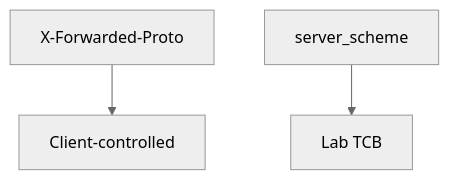
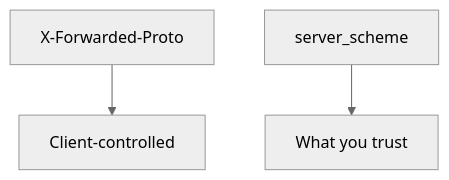
One commit to ishitvagoel/LearnSecurity changed the second of 2 diagrams in content/modules/5/5.4/lessons/02-model.md. Above: the diagram before and after it, drawn with Mermaid (neutral theme). The commit also changed other lines of this file and 39 other files, not shown here.

````diff
--- a/content/modules/5/5.4/lessons/02-model.md
+++ b/content/modules/5/5.4/lessons/02-model.md
@@ -25,5 +26,5 @@
 ```mermaid
 flowchart TD
   Hdr[X-Forwarded-Proto] --> Untrusted[Client-controlled]
-  Sock[server_scheme] --> TCB[Lab TCB]
+  Sock[server_scheme] --> Trust[What you trust]
 ```
````
